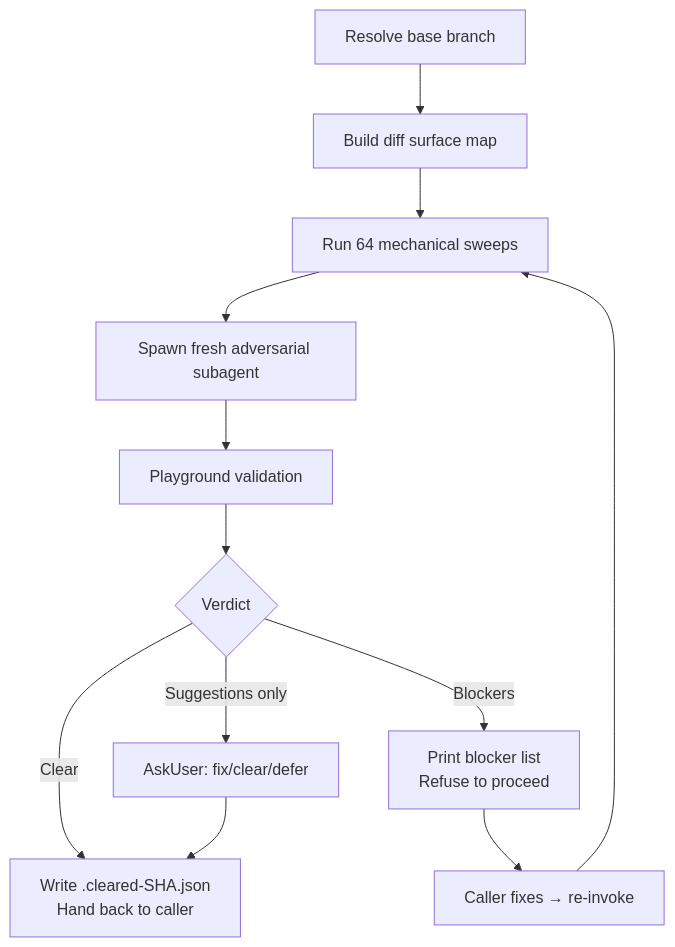
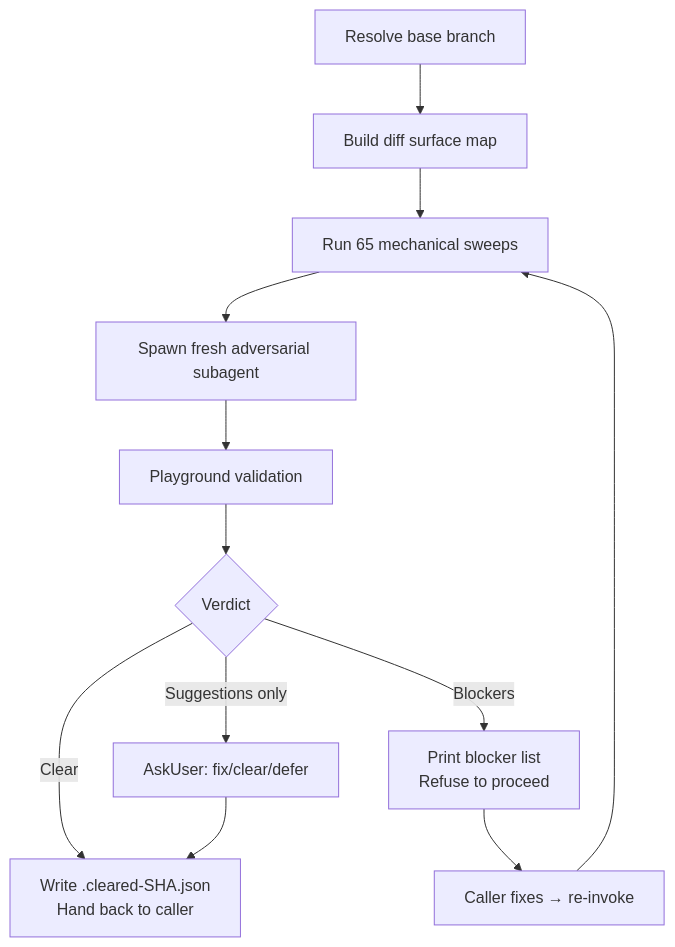
Before and after one commit to whizzzkid/skills: the diagram in skills/adversarial-review/README.md, drawn with Mermaid. The commit also changed other lines of this file and 4 other files, not shown here.

````diff
--- a/skills/adversarial-review/README.md
+++ b/skills/adversarial-review/README.md
@@ -16,14 +16,14 @@
 ```mermaid
 flowchart TD
     A[Resolve base branch] --> B[Build diff surface map]
-    B --> C[Run 64 mechanical sweeps]
+    B --> C[Run 65 mechanical sweeps]
     C --> D[Spawn fresh adversarial subagent]
     D --> E[Playground validation]
     E --> F{Verdict}
     F -->|Clear| G[Write .cleared-SHA.json<br/>Hand back to caller]
     F -->|Blockers| H[Print blocker list<br/>Refuse to proceed]
     F -->|Suggestions only| I[AskUser: fix/clear/defer]
     H --> J[Caller fixes → re-invoke]
     J --> C
     I --> G
 ```
````
